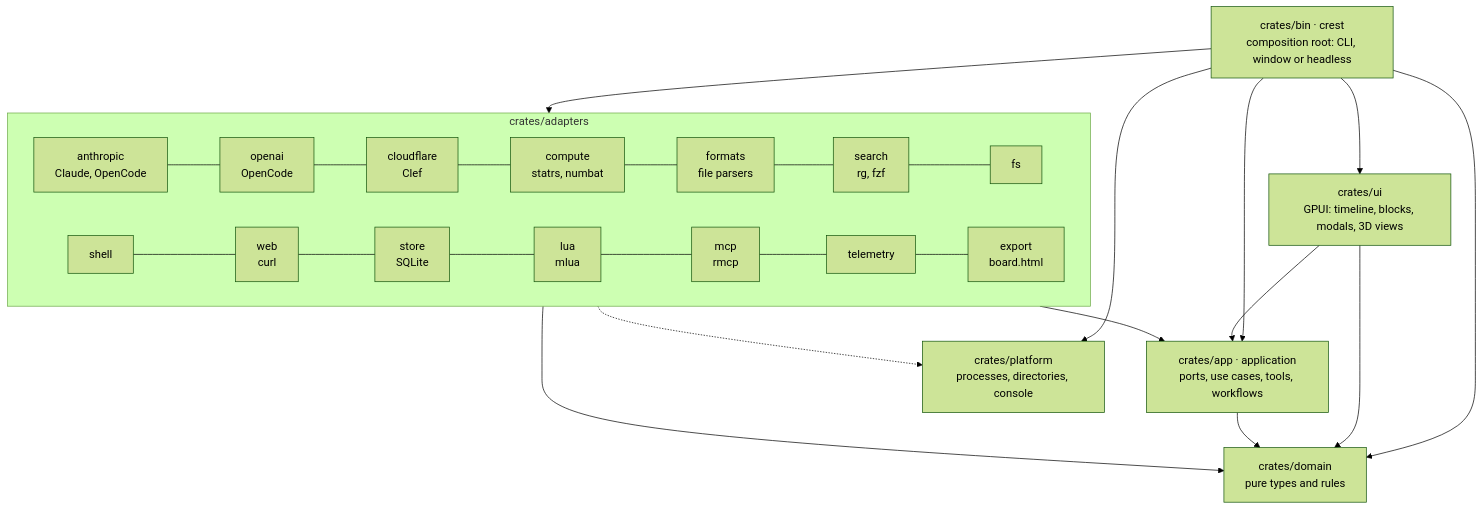
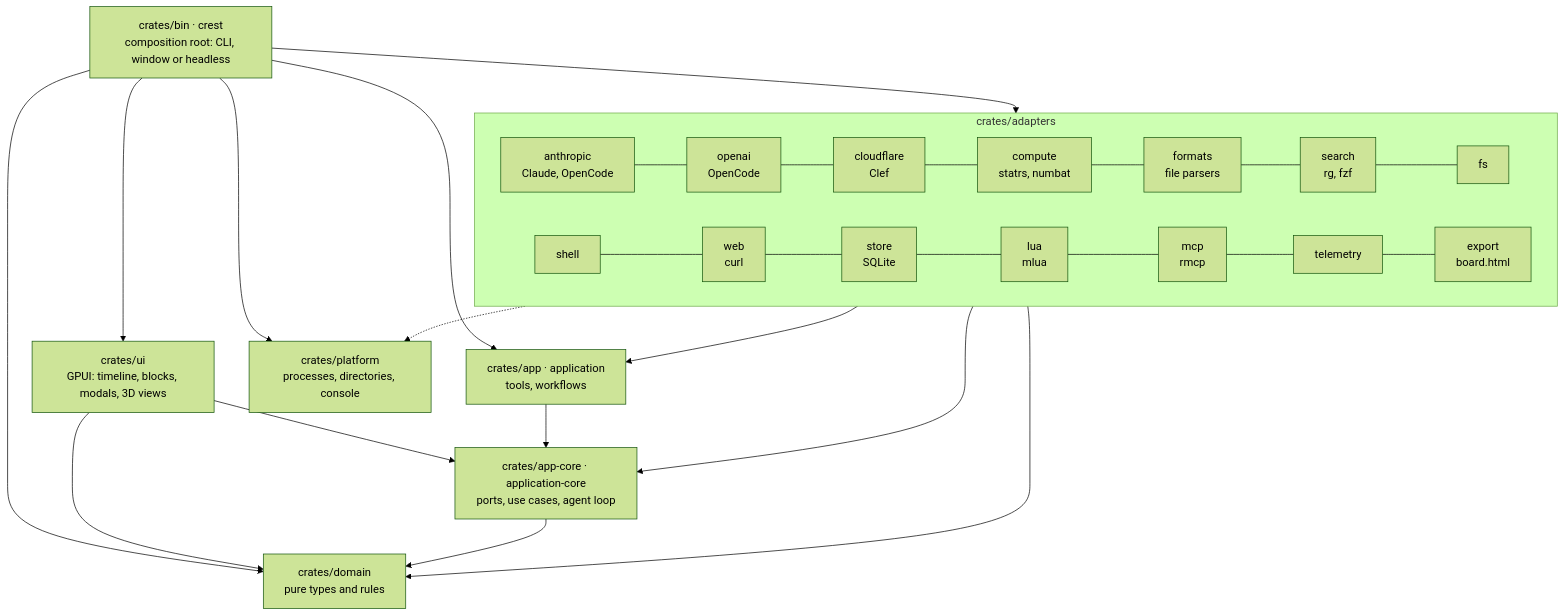
One commit to lazaroMB/crest changed the diagram in README.md. Above: the diagram before and after it, drawn with Mermaid (forest theme).

Commit message:
docs(readme): application-core in the crate diagram

````diff
--- a/README.md
+++ b/README.md
@@ -391,18 +391,21 @@
 ```mermaid
 flowchart TB
     bin["crates/bin · crest<br/>composition root: CLI, window or headless"]
     ui["crates/ui<br/>GPUI: timeline, blocks, modals, 3D views"]
     subgraph adapters["crates/adapters"]
         direction LR
         anthropic["anthropic<br/>Claude, OpenCode"] --- openai["openai<br/>OpenCode"] --- cloudflare["cloudflare<br/>Clef"] --- compute["compute<br/>statrs, numbat"] --- formats["formats<br/>file parsers"] --- search["search<br/>rg, fzf"] --- fs["fs"]
         shell["shell"] --- web["web<br/>curl"] --- store["store<br/>SQLite"] --- lua["lua<br/>mlua"] --- mcp["mcp<br/>rmcp"] --- telemetry["telemetry"] --- export["export<br/>board.html"]
     end
-    app["crates/app · application<br/>ports, use cases, tools, workflows"]
+    app["crates/app · application<br/>tools, workflows"]
+    core["crates/app-core · application-core<br/>ports, use cases, agent loop"]
     domain["crates/domain<br/>pure types and rules"]
     platform["crates/platform<br/>processes, directories, console"]
     bin --> ui & adapters & app & domain & platform
-    ui --> app & domain
-    adapters --> app & domain
+    ui --> core & domain
+    adapters --> core & domain
+    lua --> app
     adapters -.-> platform
-    app --> domain
+    app --> core
+    core --> domain
 ```
````
